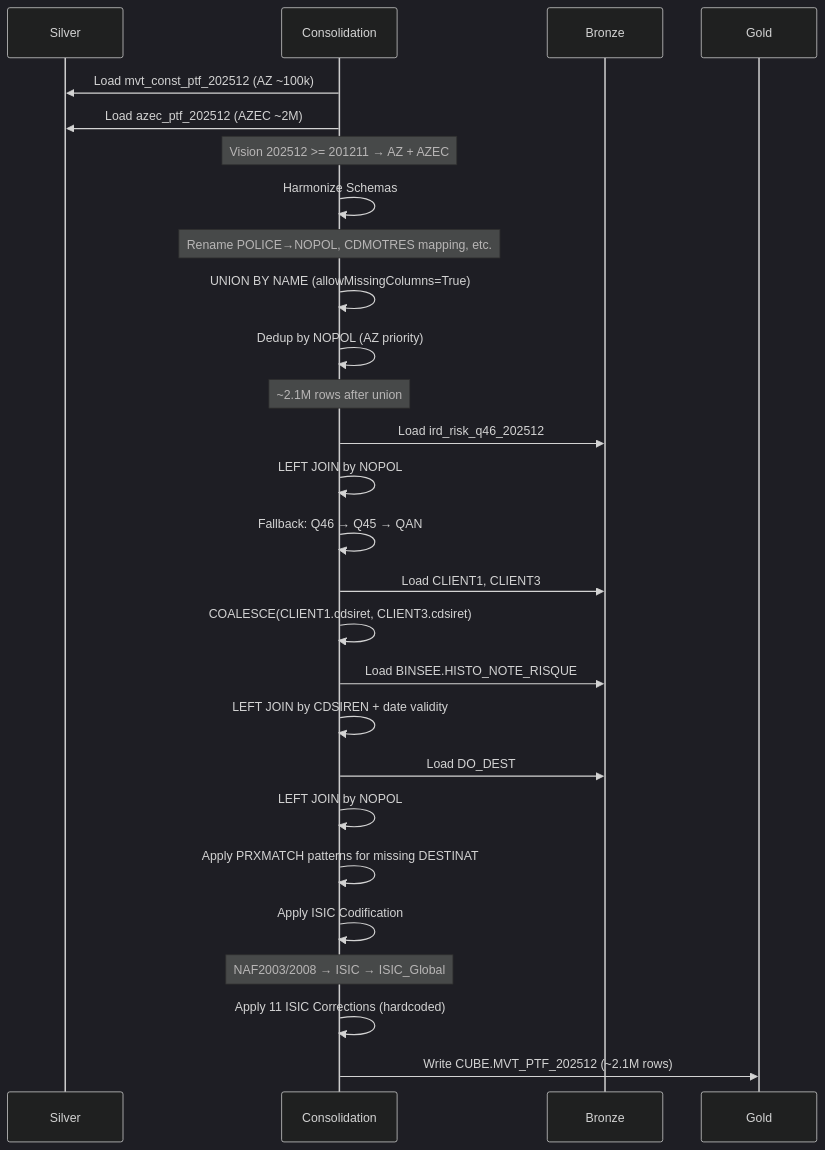
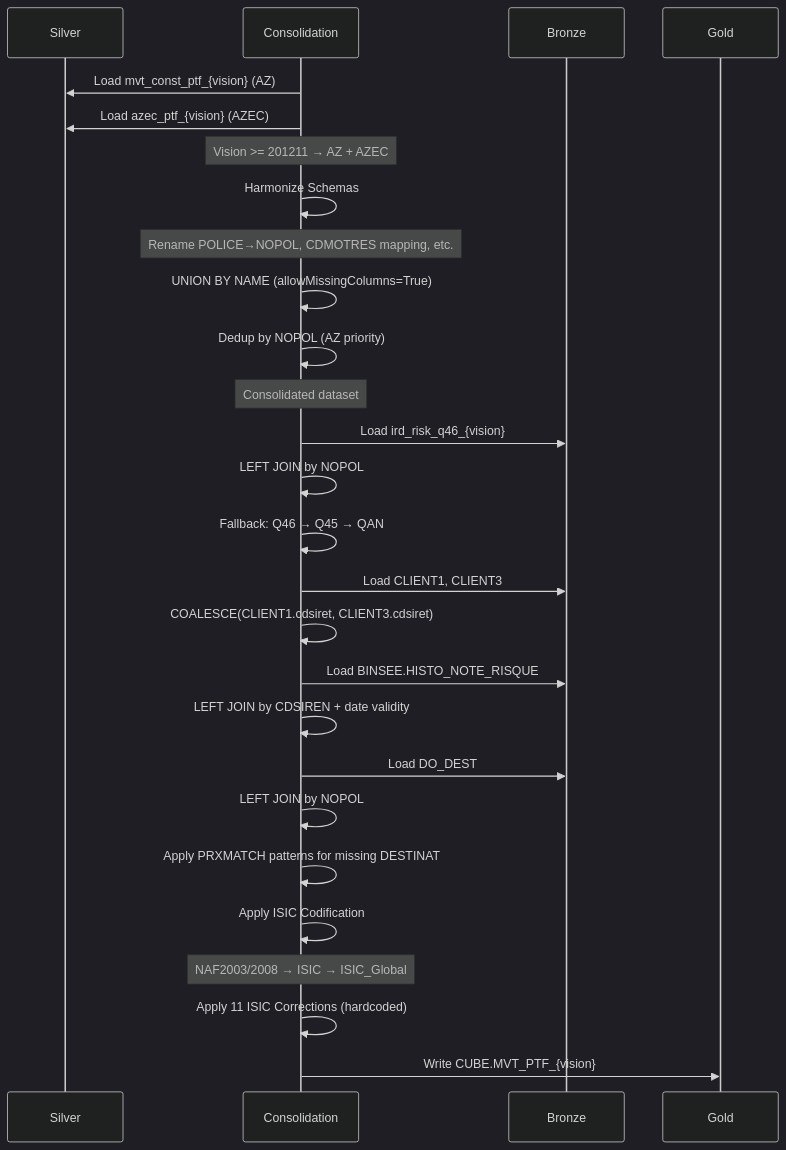
The third of 4 diagrams in code/new_python/docs/flux_donnees_pipelines.md (EngineerProjects/LocalIngest), drawn with Mermaid (dark theme) before and after one commit. The commit also changed other lines of this file and 11 other files, not shown here.

````diff
--- a/code/new_python/docs/flux_donnees_pipelines.md
+++ b/code/new_python/docs/flux_donnees_pipelines.md
@@ -147,41 +147,41 @@
 ```mermaid
 sequenceDiagram
     participant S as Silver
     participant Cons as Consolidation
     participant B as Bronze
     participant G as Gold
     
-    Cons->>S: Load mvt_const_ptf_202512 (AZ ~100k)
-    Cons->>S: Load azec_ptf_202512 (AZEC ~2M)
+    Cons->>S: Load mvt_const_ptf_{vision} (AZ)
+    Cons->>S: Load azec_ptf_{vision} (AZEC)
     
-    Note over Cons: Vision 202512 >= 201211 → AZ + AZEC
+    Note over Cons: Vision >= 201211 → AZ + AZEC
     
     Cons->>Cons: Harmonize Schemas
     Note over Cons: Rename POLICE→NOPOL, CDMOTRES mapping, etc.
     
     Cons->>Cons: UNION BY NAME (allowMissingColumns=True)
     Cons->>Cons: Dedup by NOPOL (AZ priority)
     
-    Note over Cons: ~2.1M rows after union
+    Note over Cons: Consolidated dataset
     
-    Cons->>B: Load ird_risk_q46_202512
+    Cons->>B: Load ird_risk_q46_{vision}
     Cons->>Cons: LEFT JOIN by NOPOL
     Cons->>Cons: Fallback: Q46 → Q45 → QAN
     
     Cons->>B: Load CLIENT1, CLIENT3
     Cons->>Cons: COALESCE(CLIENT1.cdsiret, CLIENT3.cdsiret)
     
     Cons->>B: Load BINSEE.HISTO_NOTE_RISQUE
     Cons->>Cons: LEFT JOIN by CDSIREN + date validity
     
     Cons->>B: Load DO_DEST
     Cons->>Cons: LEFT JOIN by NOPOL
     Cons->>Cons: Apply PRXMATCH patterns for missing DESTINAT
     
     Cons->>Cons: Apply ISIC Codification
     Note over Cons: NAF2003/2008 → ISIC → ISIC_Global
     
     Cons->>Cons: Apply 11 ISIC Corrections (hardcoded)
     
-    Cons->>G: Write CUBE.MVT_PTF_202512 (~2.1M rows)
+    Cons->>G: Write CUBE.MVT_PTF_{vision}
 ```
````
